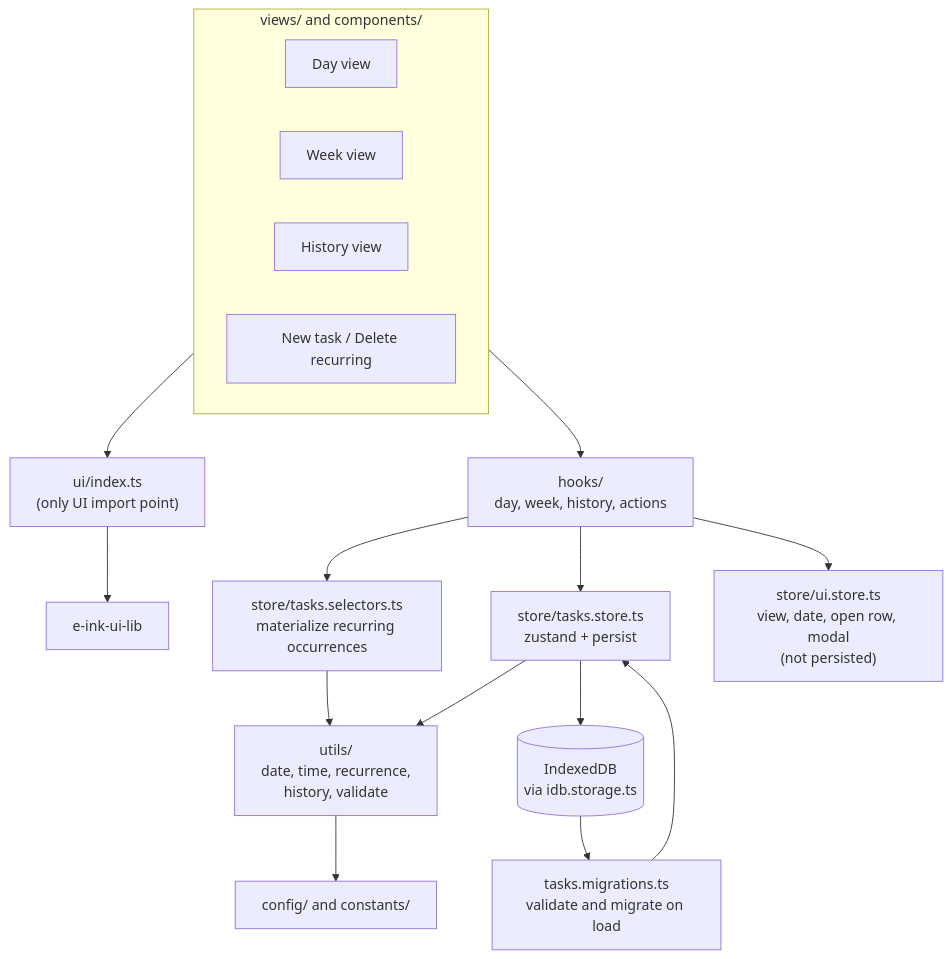
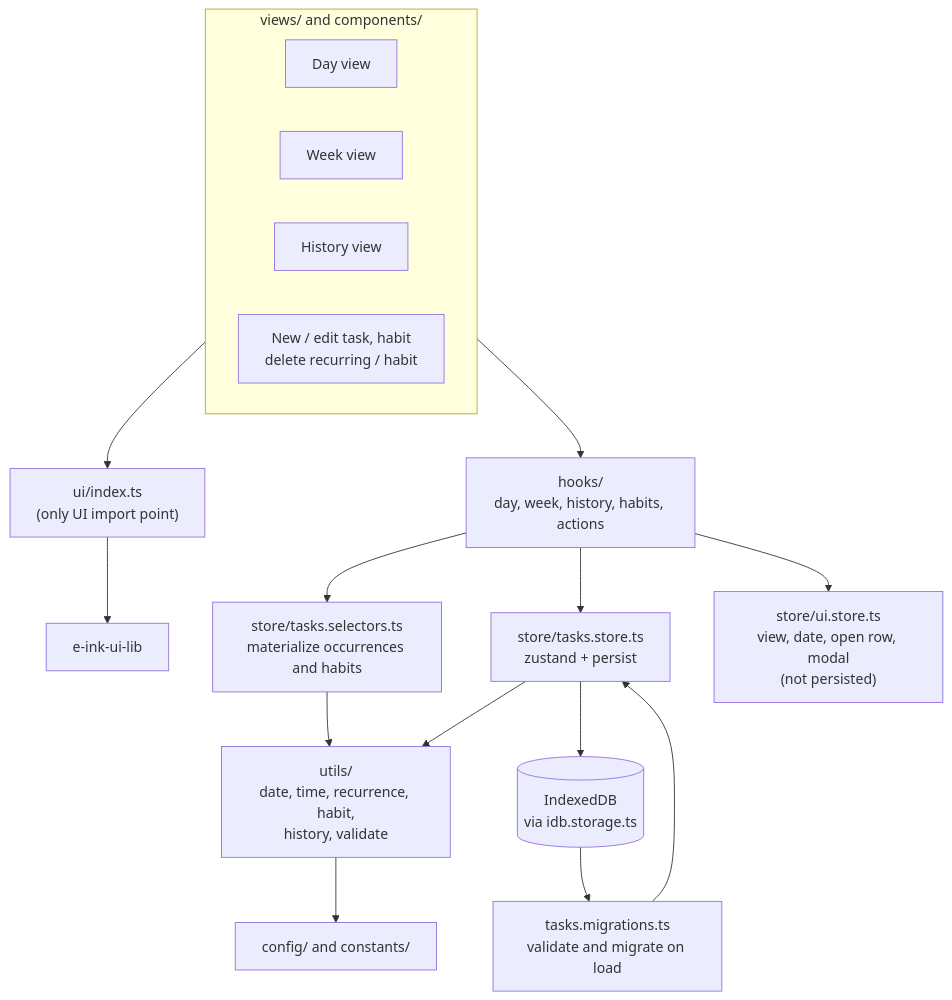
Before and after one commit to AlexisRoe/task-manager-eink: the diagram in README.md, drawn with Mermaid. The commit also changed other lines of this file and 39 other files, not shown here.

````diff
--- a/README.md
+++ b/README.md
@@ -81,34 +82,34 @@
 ```mermaid
 flowchart TD
   subgraph Views["views/ and components/"]
     Day[Day view]
     Week[Week view]
     History[History view]
-    Modals[New task / Delete recurring]
+    Modals[New / edit task, habit<br/>delete recurring / habit]
   end
 
   UI["ui/index.ts<br/>(only UI import point)"]
   Lib[e-ink-ui-lib]
 
-  Hooks["hooks/<br/>day, week, history, actions"]
-  Sel["store/tasks.selectors.ts<br/>materialize recurring occurrences"]
+  Hooks["hooks/<br/>day, week, history, habits, actions"]
+  Sel["store/tasks.selectors.ts<br/>materialize occurrences and habits"]
   Tasks["store/tasks.store.ts<br/>zustand + persist"]
   Ui["store/ui.store.ts<br/>view, date, open row, modal<br/>(not persisted)"]
   Idb[("IndexedDB<br/>via idb.storage.ts")]
   Mig["tasks.migrations.ts<br/>validate and migrate on load"]
-  Utils["utils/<br/>date, time, recurrence,<br/>history, validate"]
+  Utils["utils/<br/>date, time, recurrence, habit,<br/>history, validate"]
   Cfg["config/ and constants/"]
 
   Views --> UI
   UI --> Lib
   Views --> Hooks
   Hooks --> Sel
   Hooks --> Tasks
   Hooks --> Ui
   Sel --> Utils
   Tasks --> Idb
   Idb --> Mig
   Mig --> Tasks
   Tasks --> Utils
   Utils --> Cfg
 ```
````
